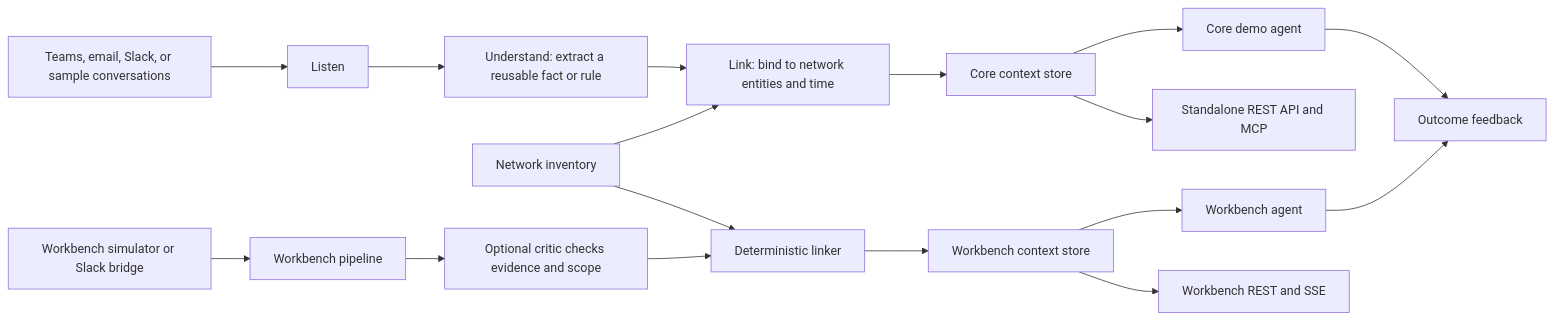
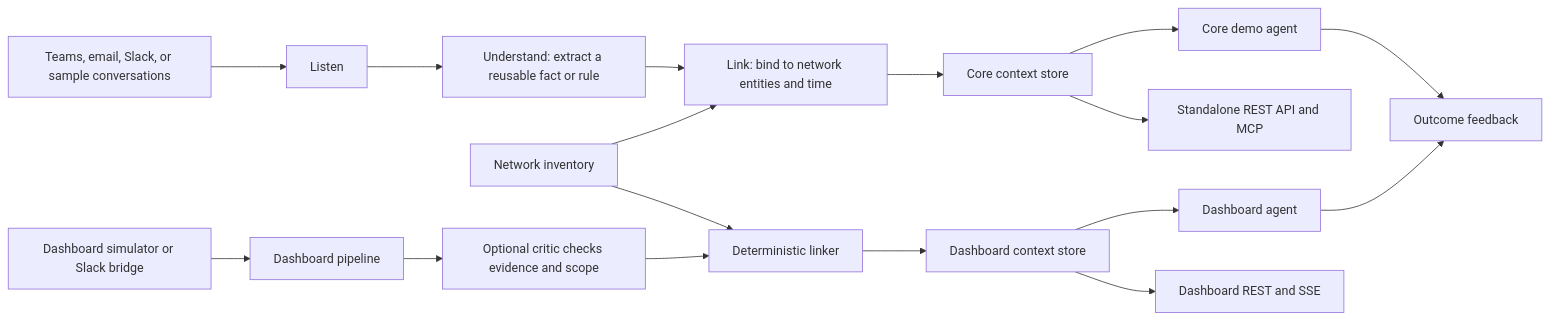
The diagram in README.md (The-trappists/elidex), drawn with Mermaid before and after one commit. The commit also changed other lines of this file and 179 other files, not shown here.

Commit message:
Rename workbench to dashboard throughout the project

````diff
--- a/README.md
+++ b/README.md
@@ -77,19 +77,19 @@
 ```mermaid
 flowchart LR
     A[Teams, email, Slack, or sample conversations] --> B[Listen]
     B --> C[Understand: extract a reusable fact or rule]
     C --> E[Link: bind to network entities and time]
     N[Network inventory] --> E
     E --> F[Core context store]
     F --> G[Core demo agent]
     G --> H[Outcome feedback]
     F --> I[Standalone REST API and MCP]
-    J[Workbench simulator or Slack bridge] --> K[Workbench pipeline]
+    J[Dashboard simulator or Slack bridge] --> K[Dashboard pipeline]
     K --> D[Optional critic checks evidence and scope]
     D --> P[Deterministic linker]
     N --> P
-    P --> M[Workbench context store]
-    M --> O[Workbench agent]
+    P --> M[Dashboard context store]
+    M --> O[Dashboard agent]
     O --> H
-    M --> L[Workbench REST and SSE]
+    M --> L[Dashboard REST and SSE]
 ```
````
